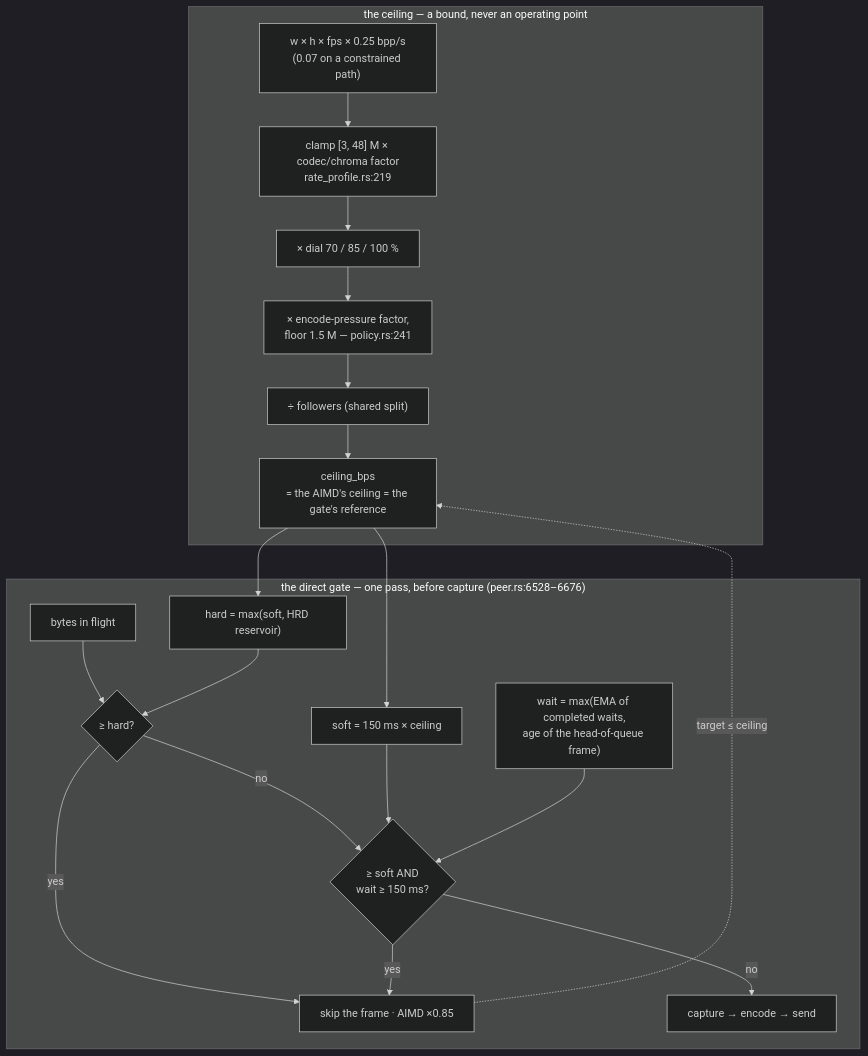
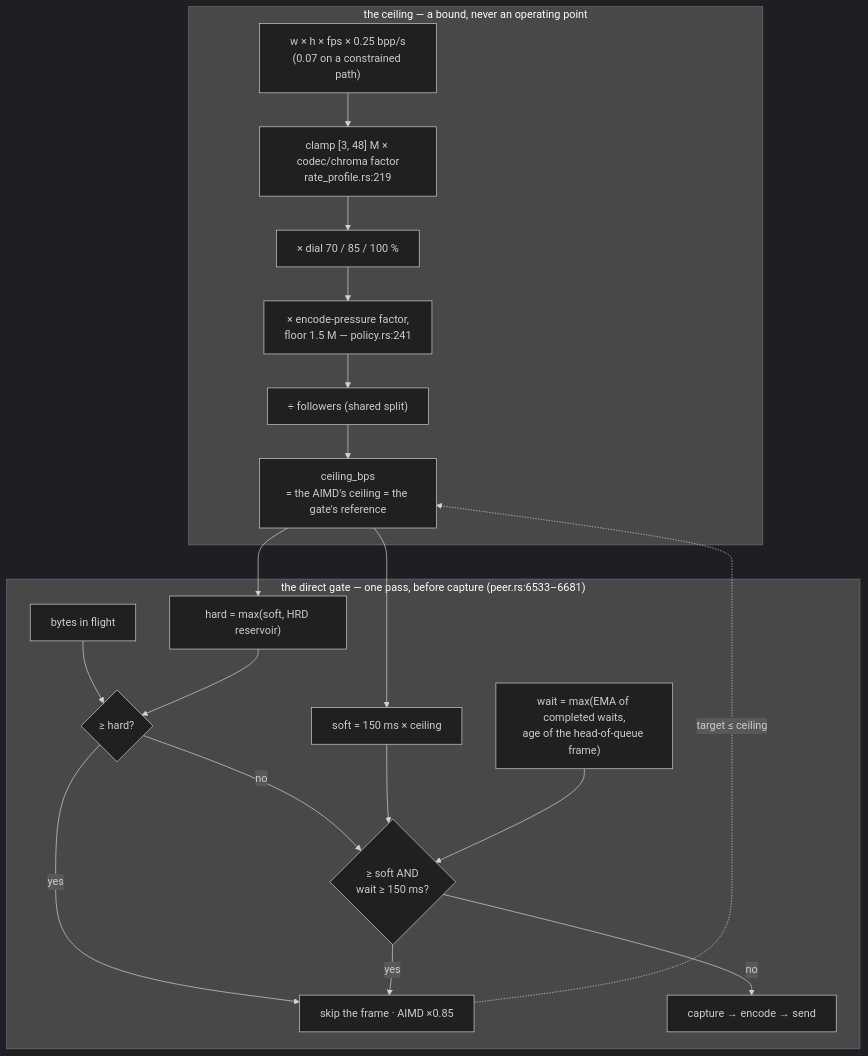
One commit to gjovanov/roomler-ai changed the sixth of 11 diagrams in docs/rate-control.md. Above: the diagram before and after it, drawn with Mermaid (dark theme). The commit also changed other lines of this file and 35 other files, not shown here.

````diff
--- a/docs/rate-control.md
+++ b/docs/rate-control.md
@@ -825,24 +825,24 @@
 ```mermaid
 flowchart TB
     subgraph ceiling["the ceiling — a bound, never an operating point"]
         G["w × h × fps × 0.25 bpp/s<br/>(0.07 on a constrained path)"] --> C["clamp [3, 48] M × codec/chroma factor<br/>rate_profile.rs:219"]
         C --> D["× dial 70 / 85 / 100 %"]
         D --> E["× encode-pressure factor,<br/>floor 1.5 M — policy.rs:241"]
         E --> S["÷ followers (shared split)"]
         S --> CEIL["ceiling_bps<br/>= the AIMD's ceiling = the gate's reference"]
     end
-    subgraph gate["the direct gate — one pass, before capture (peer.rs:6528–6676)"]
+    subgraph gate["the direct gate — one pass, before capture (peer.rs:6533–6681)"]
         CEIL --> SOFT["soft = 150 ms × ceiling"]
         CEIL --> HARD["hard = max(soft, HRD reservoir)"]
         W["wait = max(EMA of completed waits,<br/>age of the head-of-queue frame)"]
         Q["bytes in flight"] --> H{"≥ hard?"}
         HARD --> H
         H -- yes --> TRIP["skip the frame · AIMD ×0.85"]
         H -- no --> SQ{"≥ soft AND<br/>wait ≥ 150 ms?"}
         SOFT --> SQ
         W --> SQ
         SQ -- yes --> TRIP
         SQ -- no --> PASS["capture → encode → send"]
     end
     TRIP -.->|"target ≤ ceiling"| CEIL
 ```
````
